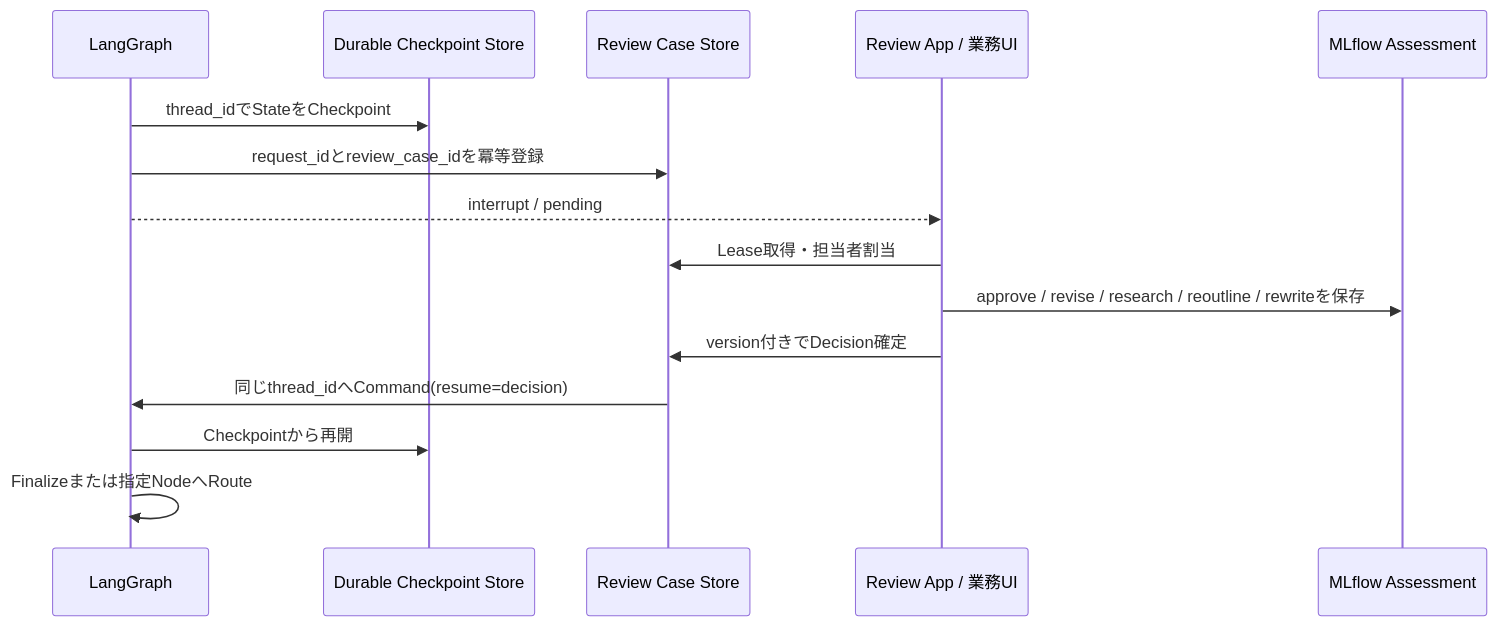
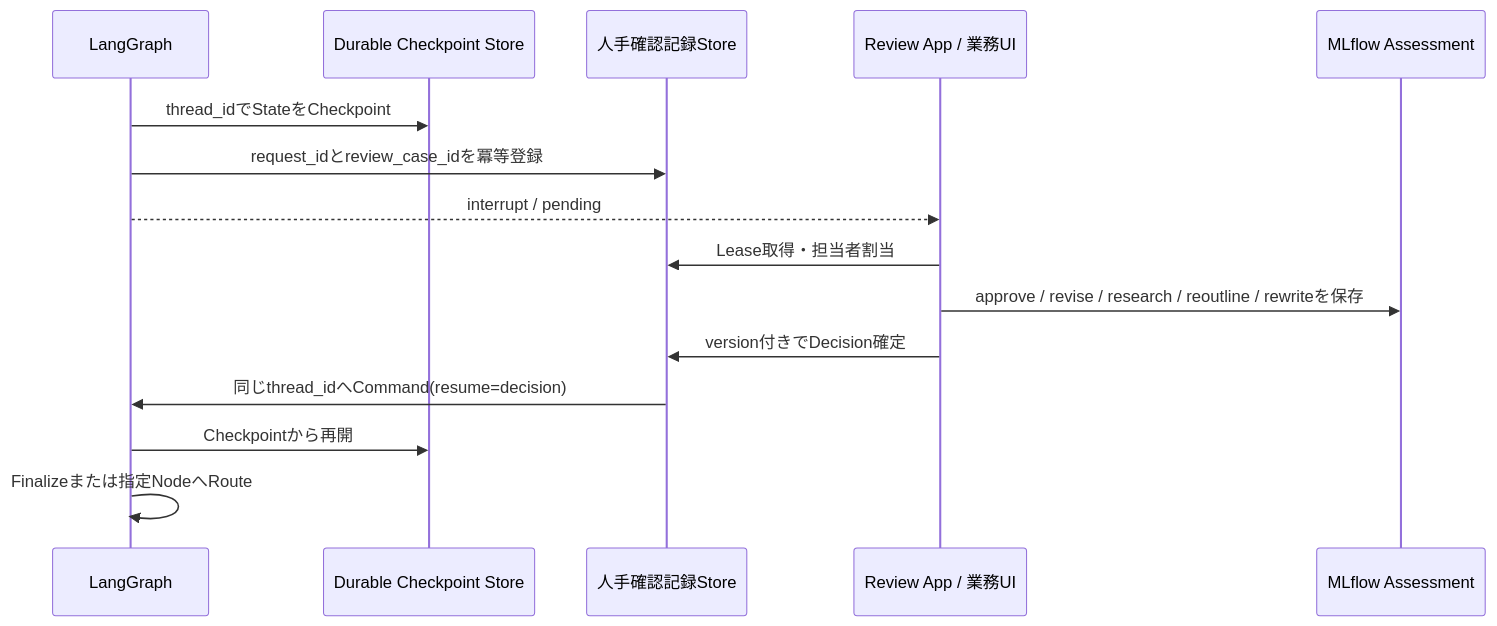
Before and after one commit to junTaniguchi/llm_ops: diagram 12 of 17 in 技術レポート作成マルチエージェント_完成版.md, drawn with Mermaid. The commit also changed other lines of this file, not shown here.

````diff
--- a/技術レポート作成マルチエージェント_完成版.md
+++ b/技術レポート作成マルチエージェント_完成版.md
@@ -2705,18 +2643,18 @@
 ```mermaid
 sequenceDiagram
     participant G as LangGraph
     participant C as Durable Checkpoint Store
-    participant Q as Review Case Store
+    participant Q as 人手確認記録Store
     participant U as Review App / 業務UI
     participant M as MLflow Assessment
 
     G->>C: thread_idでStateをCheckpoint
     G->>Q: request_idとreview_case_idを冪等登録
     G-->>U: interrupt / pending
     U->>Q: Lease取得・担当者割当
     U->>M: approve / revise / research / reoutline / rewriteを保存
     U->>Q: version付きでDecision確定
     Q->>G: 同じthread_idへCommand(resume=decision)
     G->>C: Checkpointから再開
     G->>G: Finalizeまたは指定NodeへRoute
 ```
````
